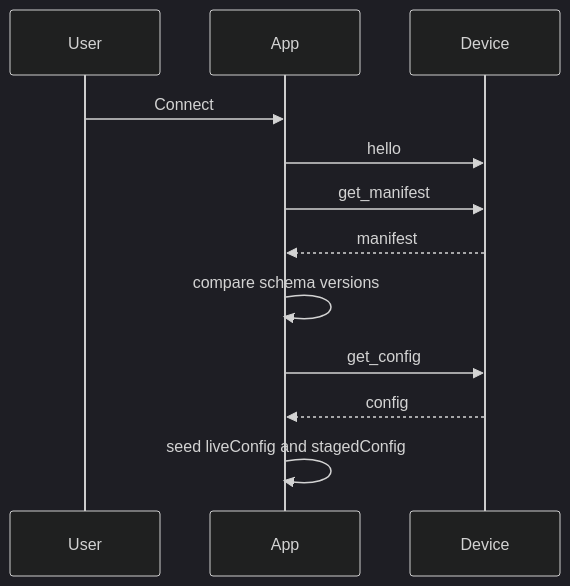
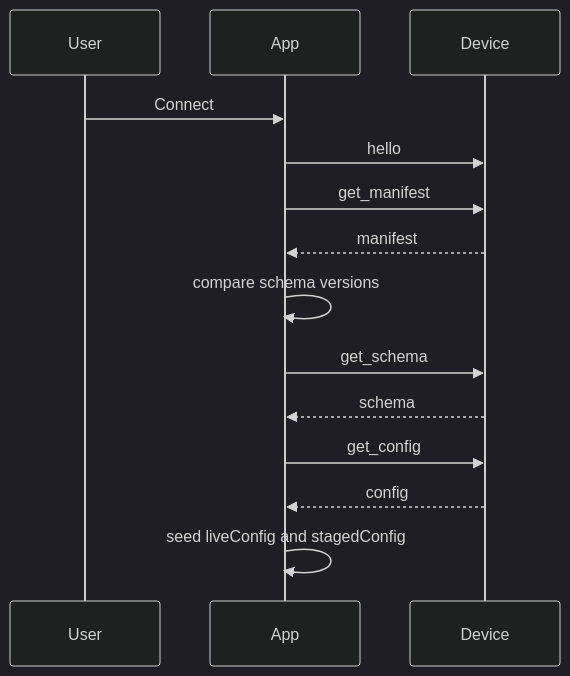
One commit to bseverns/MOARkNOBS-42 changed the first of 2 diagrams in docs/guides/Configurator.md. Above: the diagram before and after it, drawn with Mermaid (dark theme). The commit also changed other lines of this file and 19 other files, not shown here.

````diff
--- a/docs/guides/Configurator.md
+++ b/docs/guides/Configurator.md
@@ -20,14 +22,16 @@
 ```mermaid
 sequenceDiagram
   participant User
   participant App
   participant Device
   User->>App: Connect
   App->>Device: hello
   App->>Device: get_manifest
   Device-->>App: manifest
   App->>App: compare schema versions
+  App->>Device: get_schema
+  Device-->>App: schema
   App->>Device: get_config
   Device-->>App: config
   App->>App: seed liveConfig and stagedConfig
 ```
````
